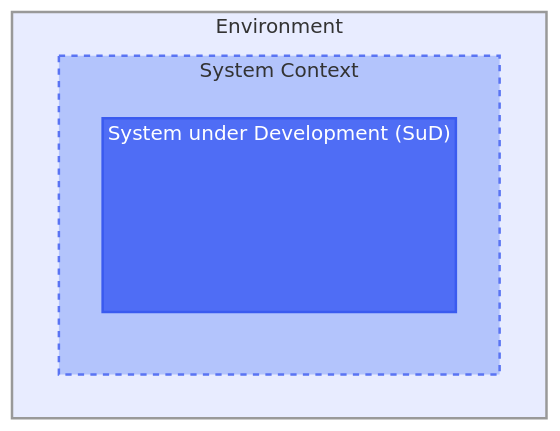
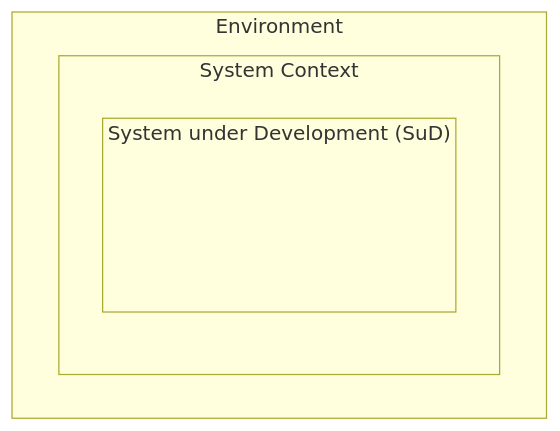
Before and after one commit to trunghoduc1992/ireb-cpre-fl: the first of 2 diagrams in docs/v2/chapters/02-system-context.md, drawn with Mermaid. The commit also changed other lines of this file and 3 other files, not shown here.

First line of the commit message:
Fix Mermaid dark/light mode contrast and URL restructure

````diff
--- a/docs/v2/chapters/02-system-context.md
+++ b/docs/v2/chapters/02-system-context.md
@@ -75,15 +75,12 @@
 ```mermaid
 graph TD
     subgraph ENV ["Environment"]
         subgraph CTX ["System Context"]
             subgraph SYS ["System under Development (SuD)"]
                 core["  "]
             end
         end
     end
 
     style core fill:none,stroke:none
-    style SYS fill:#4f6df5,color:#fff,stroke:#3a5bef,stroke-width:2px
-    style CTX fill:#b3c4fc,color:#333,stroke:#5a74f3,stroke-width:2px,stroke-dasharray:5 5
-    style ENV fill:#e8ecff,color:#333,stroke:#999,stroke-width:2px
 ```
````
